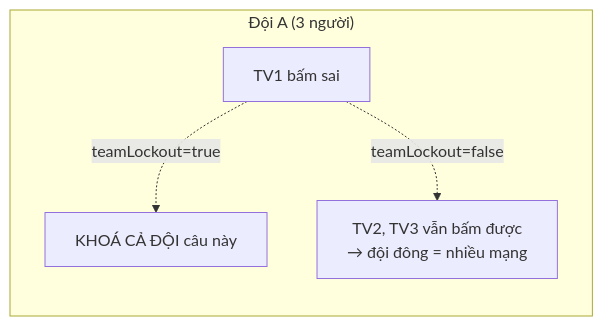
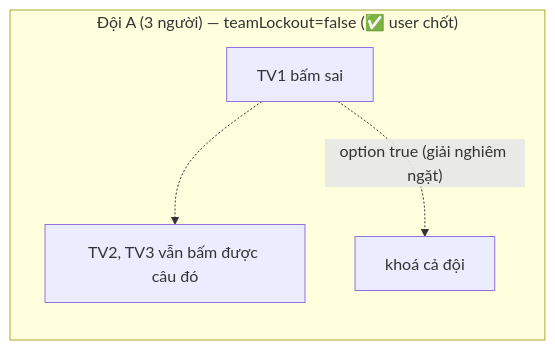
Before and after one commit to Noboroto/KnowledgeDome: the fourth of 4 diagrams in plans/260711-2340-olympia-contest-system/DEFERED.md, drawn with Mermaid. The commit also changed other lines of this file and 16 other files, not shown here.

````diff
--- a/plans/260711-2340-olympia-contest-system/DEFERED.md
+++ b/plans/260711-2340-olympia-contest-system/DEFERED.md
@@ -229,7 +228,7 @@
 ```mermaid
 flowchart LR
-  subgraph doi ["Đội A (3 người)"]
-    a1[TV1 bấm sai] -.->|teamLockout=true| lock[KHOÁ CẢ ĐỘI câu này]
-    a1 -.->|teamLockout=false| free[TV2, TV3 vẫn bấm được<br/>→ đội đông = nhiều mạng]
+  subgraph doi ["Đội A (3 người) — teamLockout=false (✅ user chốt)"]
+    a1[TV1 bấm sai] -.-> free[TV2, TV3 vẫn bấm được câu đó]
+    a1 -.->|"option true (giải nghiêm ngặt)"| lock[khoá cả đội]
   end
 ```
````
